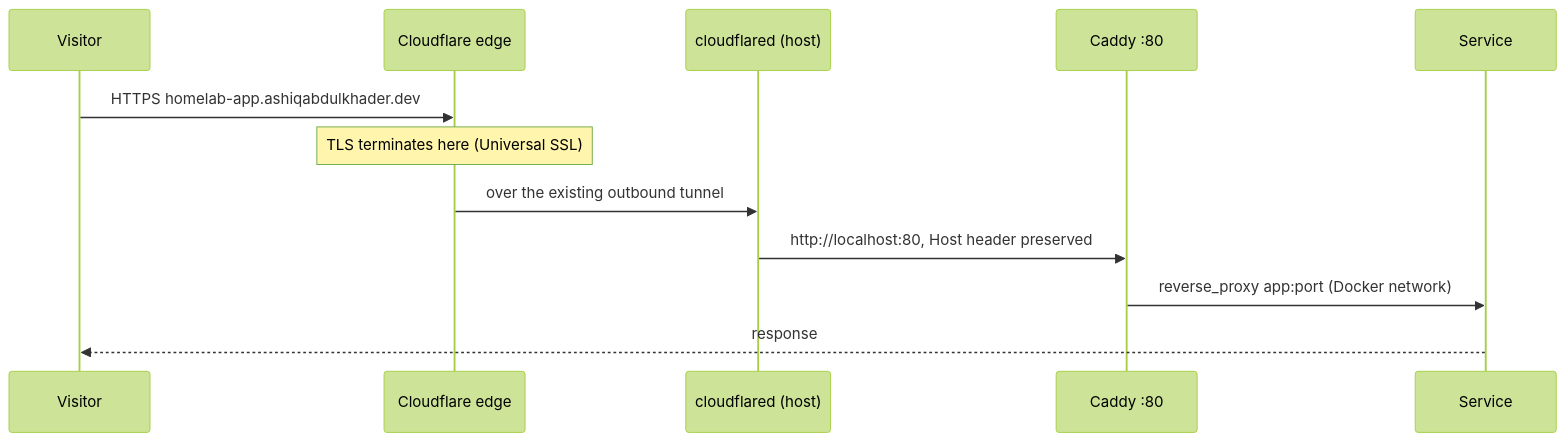
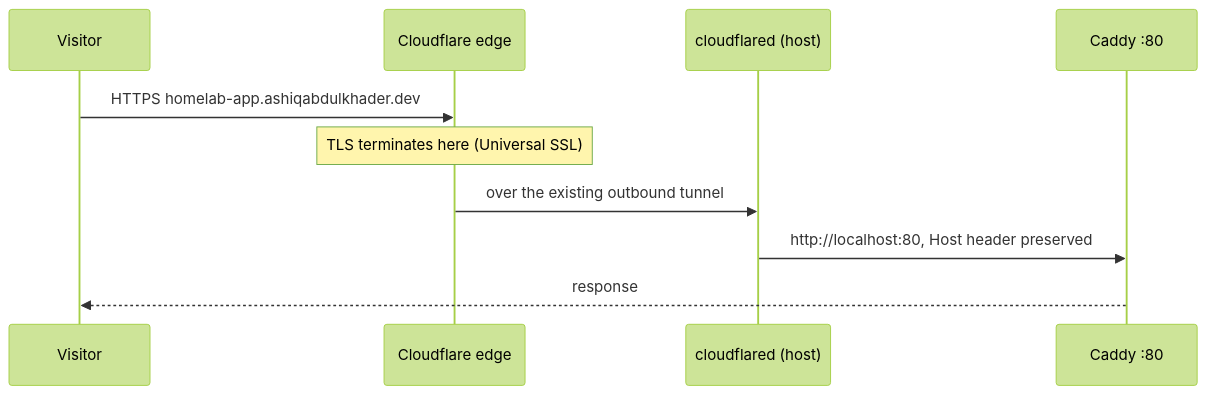
Before and after one commit to AshiqAbdulkhader/Homelab: the second of 3 diagrams in docs/architecture.md, drawn with Mermaid (forest theme). The commit also changed other lines of this file and 7 other files, not shown here.

````diff
--- a/docs/architecture.md
+++ b/docs/architecture.md
@@ -73,14 +100,12 @@
 ```mermaid
 sequenceDiagram
     participant U as Visitor
     participant CF as Cloudflare edge
     participant T as cloudflared (host)
     participant C as Caddy :80
-    participant S as Service
     U->>CF: HTTPS homelab-app.ashiqabdulkhader.dev
     Note over CF: TLS terminates here (Universal SSL)
     CF->>T: over the existing outbound tunnel
     T->>C: http://localhost:80, Host header preserved
-    C->>S: reverse_proxy app:port (Docker network)
-    S-->>U: response
+    C-->>U: response
 ```
````
